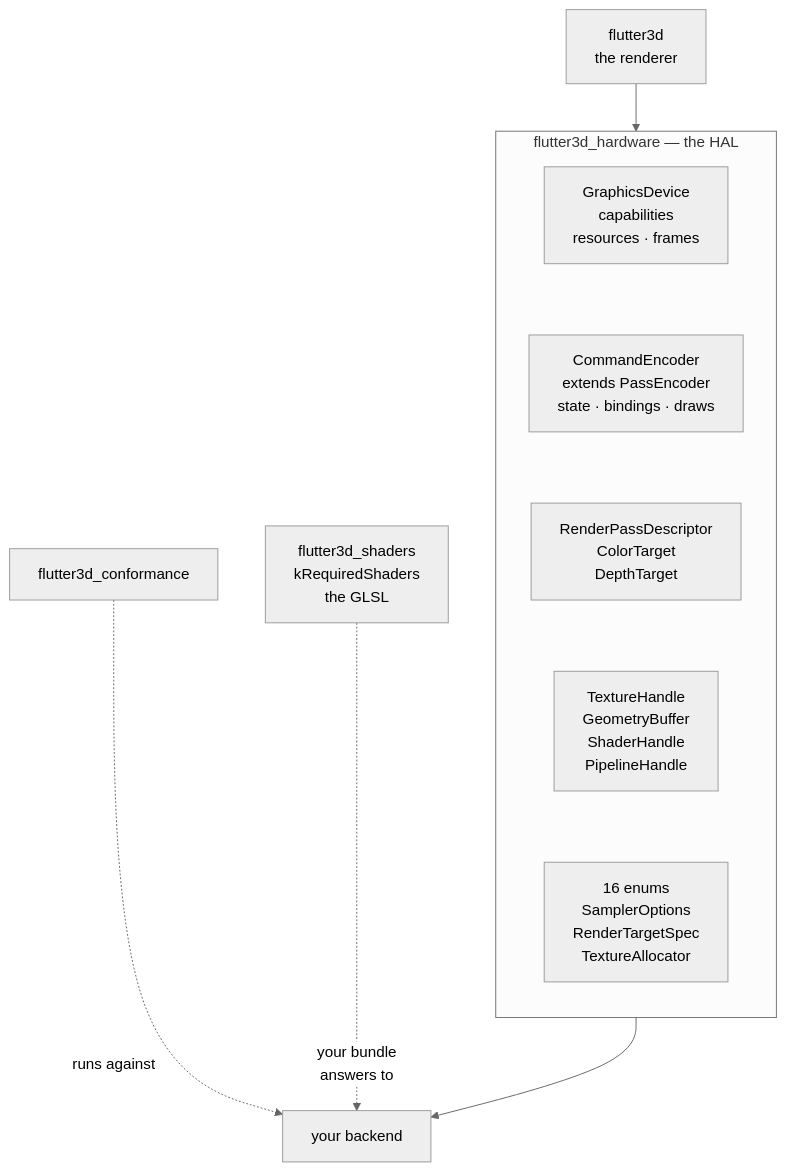
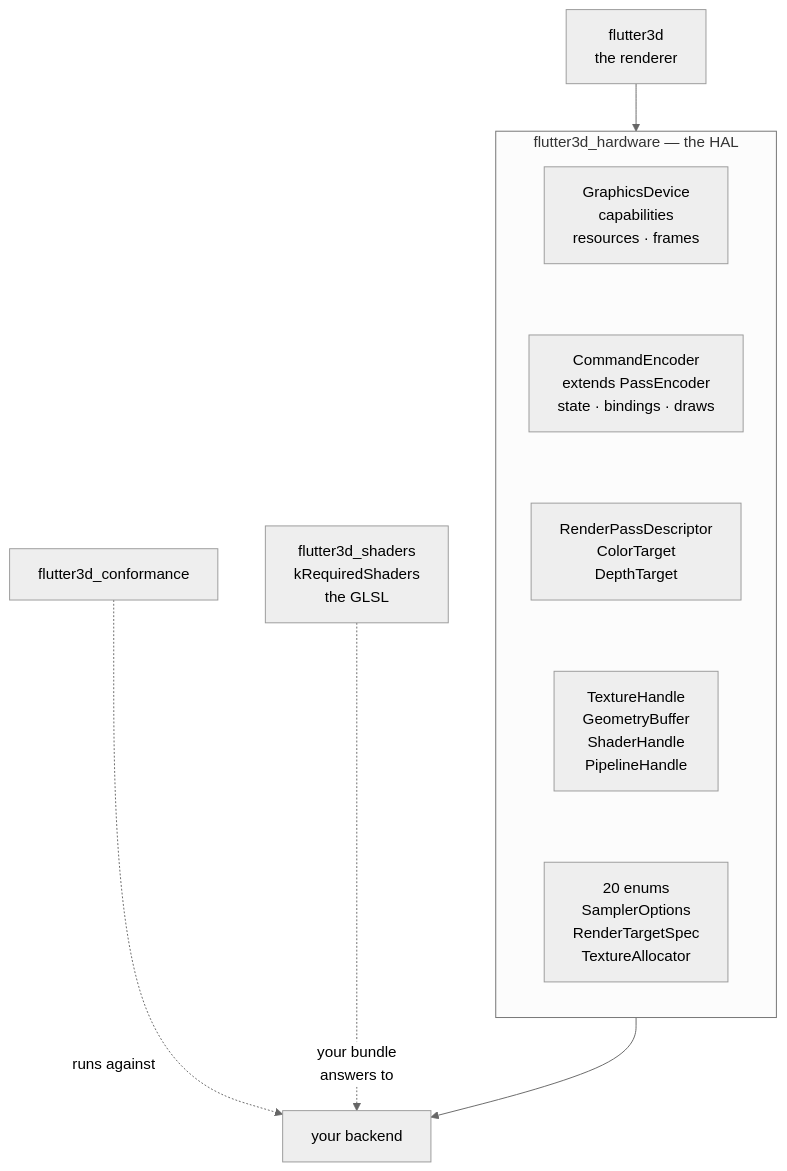
One commit to pleiondev/flutter3d changed the diagram in site/content/core/backends.md. Above: the diagram before and after it, drawn with Mermaid (neutral theme). The commit also changed other lines of this file and 37 other files, not shown here.

````diff
--- a/site/content/core/backends.md
+++ b/site/content/core/backends.md
@@ -24,18 +24,18 @@
 ```mermaid
 flowchart TB
   engine["flutter3d<br>the renderer"] --> hal
 
   subgraph hal["flutter3d_hardware — the HAL"]
     direction TB
     device["GraphicsDevice<br>capabilities<br>resources · frames"]
     enc["CommandEncoder<br>extends PassEncoder<br>state · bindings · draws"]
     desc["RenderPassDescriptor<br>ColorTarget<br>DepthTarget"]
     handles["TextureHandle<br>GeometryBuffer<br>ShaderHandle<br>PipelineHandle"]
-    vocab["16 enums<br>SamplerOptions<br>RenderTargetSpec<br>TextureAllocator"]
+    vocab["20 enums<br>SamplerOptions<br>RenderTargetSpec<br>TextureAllocator"]
     device ~~~ enc ~~~ desc ~~~ handles ~~~ vocab
   end
 
   hal --> yours["your backend"]
   conf["flutter3d_conformance"] -.->|"runs against"| yours
   shaders["flutter3d_shaders<br>kRequiredShaders<br>the GLSL"] -.->|"your bundle<br>answers to"| yours
 ```
````
